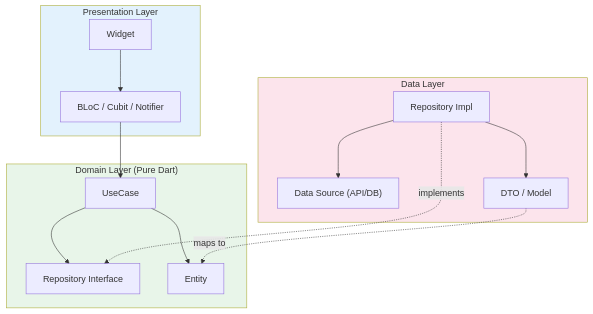
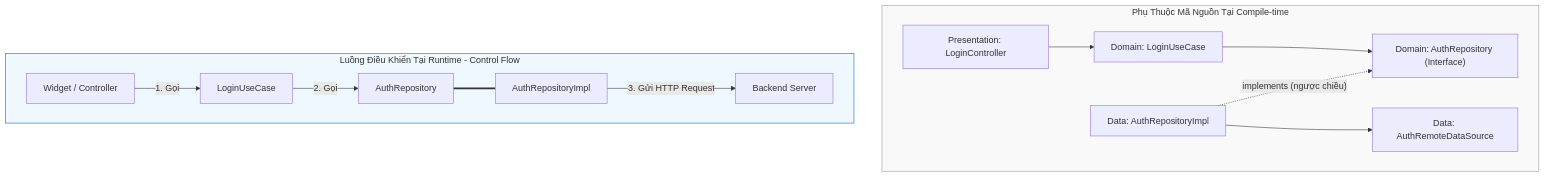
One commit to tr4n/learn-flutter changed the diagram in flutter-intermediate/04-clean-architecture/01-layers-domain-data-presentation.md. Above: the diagram before and after it, drawn with Mermaid. The commit also changed other lines of this file and 12 other files, not shown here.

````diff
--- a/flutter-intermediate/04-clean-architecture/01-layers-domain-data-presentation.md
+++ b/flutter-intermediate/04-clean-architecture/01-layers-domain-data-presentation.md
@@ -36,32 +99,19 @@
 ```mermaid
 flowchart TD
-    subgraph Presentation ["Presentation Layer"]
-        W["Widget"]
-        VM["BLoC / Cubit / Notifier"]
+    subgraph CompileTime [Phụ Thuộc Mã Nguồn Tại Compile-time]
+        UI_C["Presentation: LoginController"] --> UC_C["Domain: LoginUseCase"]
+        UC_C --> RI_C["Domain: AuthRepository (Interface)"]
+        IMPL_C["Data: AuthRepositoryImpl"] -.->|"implements (ngược chiều)"| RI_C
+        IMPL_C --> DS_C["Data: AuthRemoteDataSource"]
     end
 
-    subgraph Domain ["Domain Layer (Pure Dart)"]
-        UC["UseCase"]
-        RI["Repository Interface"]
-        E["Entity"]
+    subgraph Runtime [Luồng Điều Khiển Tại Runtime - Control Flow]
+        UI_R["Widget / Controller"] -->|"1. Gọi"| UC_R["LoginUseCase"]
+        UC_R -->|"2. Gọi"| RI_R["AuthRepository"]
+        RI_R === IMPL_R["AuthRepositoryImpl"]
+        IMPL_R -->|"3. Gửi HTTP Request"| NET["Backend Server"]
     end
 
-    subgraph Data ["Data Layer"]
-        RI2["Repository Impl"]
-        DS["Data Source (API/DB)"]
-        DTO["DTO / Model"]
-    end
-
-    W --> VM
-    VM --> UC
-    UC --> RI
-    UC --> E
-    RI2 -.->|"implements"| RI
-    RI2 --> DS
-    RI2 --> DTO
-    DTO -.->|"maps to"| E
-
-    style Domain fill:#e8f5e9
-    style Presentation fill:#e3f2fd
-    style Data fill:#fce4ec
+    style CompileTime fill:#f9f9f9,stroke:#999
+    style Runtime fill:#f0f8ff,stroke:#0066cc
 ```
````
